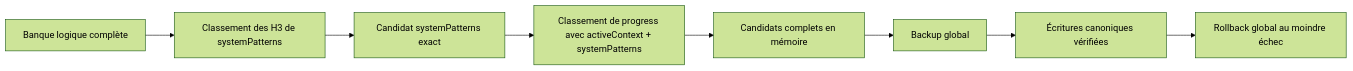
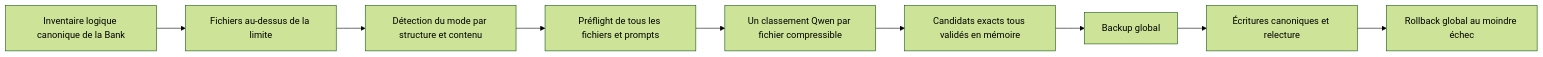
The diagram in DESIGN/live-mem/COMPACTION_EXTRACTIVE_V2_8.md (Cloud-Temple/live-memory), drawn with Mermaid (forest theme) before and after one commit. The commit also changed other lines of this file and 9 other files, not shown here.

````diff
--- a/DESIGN/live-mem/COMPACTION_EXTRACTIVE_V2_8.md
+++ b/DESIGN/live-mem/COMPACTION_EXTRACTIVE_V2_8.md
@@ -21,10 +23,11 @@
 ```mermaid
 flowchart LR
-    A["Banque logique complète"] --> B["Classement des H3 de systemPatterns"]
-    B --> C["Candidat systemPatterns exact"]
-    C --> D["Classement de progress avec activeContext + systemPatterns"]
-    D --> E["Candidats complets en mémoire"]
-    E --> F["Backup global"]
-    F --> G["Écritures canoniques vérifiées"]
-    G --> H["Rollback global au moindre échec"]
+    A["Inventaire logique canonique de la Bank"] --> B["Fichiers au-dessus de la limite"]
+    B --> C["Détection du mode par structure et contenu"]
+    C --> D["Préflight de tous les fichiers et prompts"]
+    D --> E["Un classement Qwen par fichier compressible"]
+    E --> F["Candidats exacts tous validés en mémoire"]
+    F --> G["Backup global"]
+    G --> H["Écritures canoniques et relecture"]
+    H --> I["Rollback global au moindre échec"]
 ```
````
